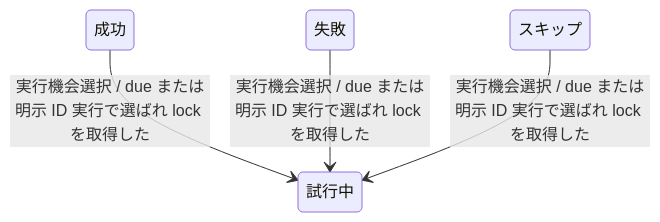
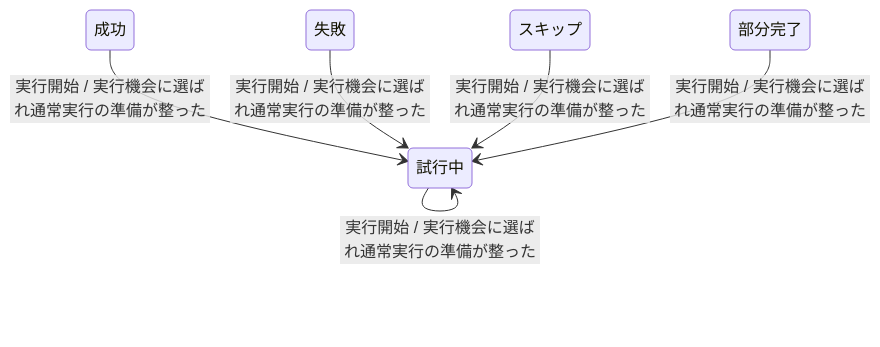
The second of 2 diagrams in docs/ja/product/010-business-specs/020-data-model/stsd-routine-run.md (specdojo/specdojo), drawn with Mermaid before and after one commit. The commit also changed other lines of this file and 5 other files, not shown here.

````diff
--- a/docs/ja/product/010-business-specs/020-data-model/stsd-routine-run.md
+++ b/docs/ja/product/010-business-specs/020-data-model/stsd-routine-run.md
@@ -72,10 +76,13 @@
 ```mermaid
 stateDiagram-v2
   state "試行中" as running
   state "成功" as success
+  state "部分完了" as partial
   state "失敗" as failure
   state "スキップ" as skipped
-  success --> running : 実行機会選択 / due または明示 ID 実行で選ばれ lock を取得した
-  failure --> running : 実行機会選択 / due または明示 ID 実行で選ばれ lock を取得した
-  skipped --> running : 実行機会選択 / due または明示 ID 実行で選ばれ lock を取得した
+  success --> running : 実行開始 / 実行機会に選ばれ通常実行の準備が整った
+  failure --> running : 実行開始 / 実行機会に選ばれ通常実行の準備が整った
+  skipped --> running : 実行開始 / 実行機会に選ばれ通常実行の準備が整った
+  partial --> running : 実行開始 / 実行機会に選ばれ通常実行の準備が整った
+  running --> running : 実行開始 / 実行機会に選ばれ通常実行の準備が整った
 ```
````
